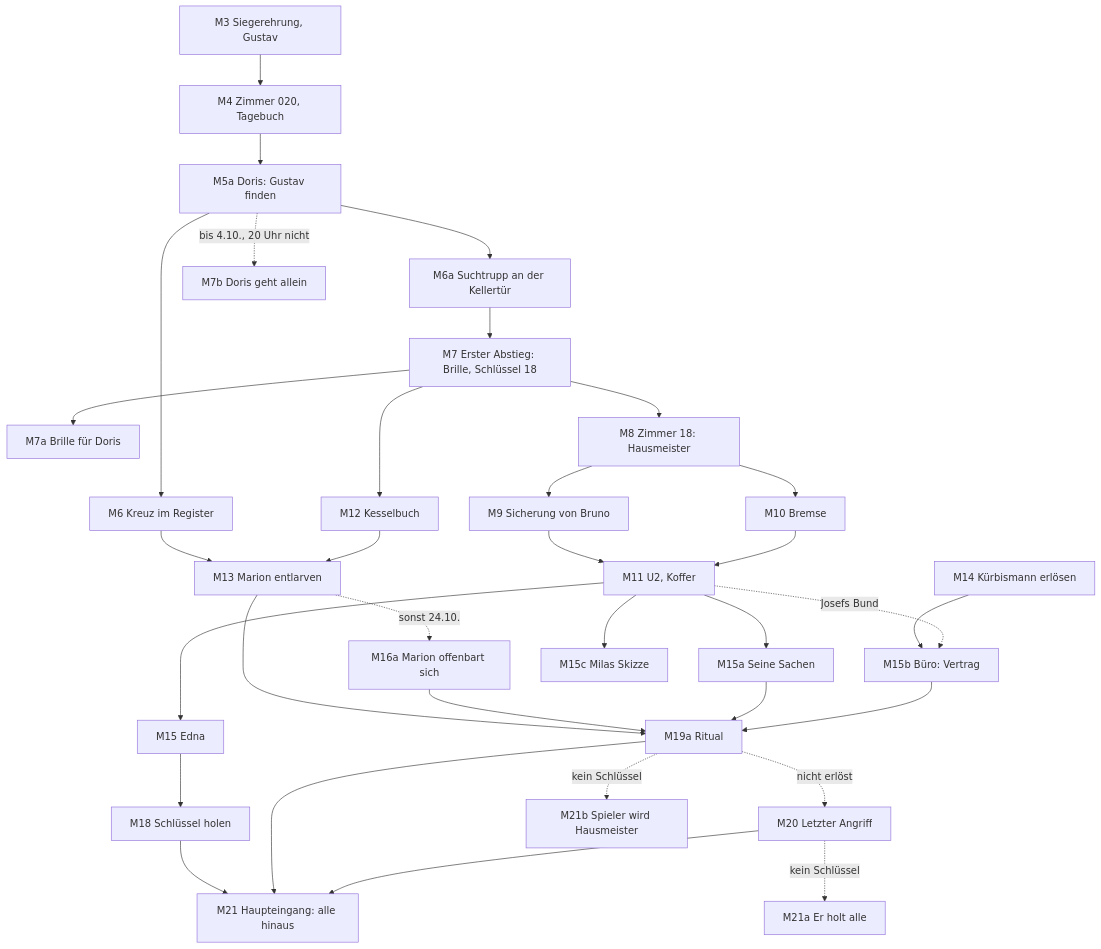
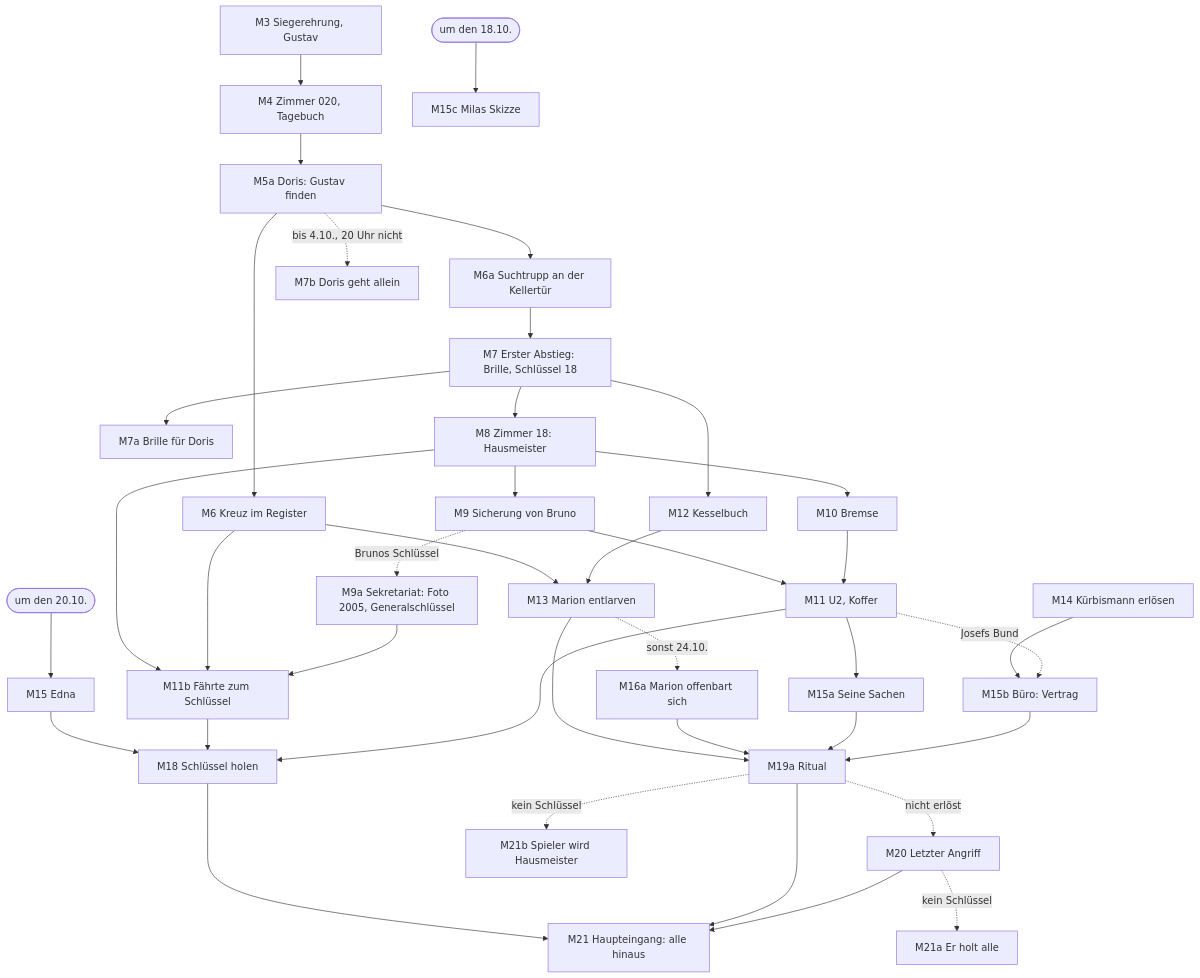
Before and after one commit to vektorviktor/zimmer13: the diagram in HANDLUNG.md, drawn with Mermaid. The commit also changed other lines of this file and 1 other file, not shown here.

````diff
--- a/HANDLUNG.md
+++ b/HANDLUNG.md
@@ -99,35 +102,41 @@
 ```mermaid
 flowchart TD
   M3[M3 Siegerehrung, Gustav] --> M4[M4 Zimmer 020, Tagebuch]
   M4 --> M5a[M5a Doris: Gustav finden]
   M5a --> M6[M6 Kreuz im Register]
   M5a --> M6a[M6a Suchtrupp an der Kellertür]
   M6a --> M7[M7 Erster Abstieg: Brille, Schlüssel 18]
   M7 --> M7a[M7a Brille für Doris]
   M5a -.->|bis 4.10., 20 Uhr nicht| M7b[M7b Doris geht allein]
   M7 --> M8[M8 Zimmer 18: Hausmeister]
   M8 --> M9[M9 Sicherung von Bruno]
   M8 --> M10[M10 Bremse]
   M9 --> M11[M11 U2, Koffer]
   M10 --> M11
+  M9 -.->|Brunos Schlüssel| M9a[M9a Sekretariat: Foto 2005, Generalschlüssel]
+  M8 --> M11b[M11b Fährte zum Schlüssel]
+  M6 --> M11b
+  M9a --> M11b
   M6 --> M13[M13 Marion entlarven]
   M7 --> M12[M12 Kesselbuch]
   M12 --> M13
   M13 -.->|sonst 24.10.| M16a[M16a Marion offenbart sich]
-  M11 --> M15[M15 Edna]
+  T20([um den 20.10.]) --> M15[M15 Edna]
   M11 --> M15a[M15a Seine Sachen]
   M14[M14 Kürbismann erlösen] --> M15b[M15b Büro: Vertrag]
   M11 -.->|Josefs Bund| M15b
-  M11 --> M15c[M15c Milas Skizze]
+  T18([um den 18.10.]) --> M15c[M15c Milas Skizze]
   M13 --> M19a[M19a Ritual]
   M16a --> M19a
   M15a --> M19a
   M15b --> M19a
   M19a -.->|nicht erlöst| M20[M20 Letzter Angriff]
   M15 --> M18[M18 Schlüssel holen]
+  M11b --> M18
+  M11 --> M18
   M18 --> M21[M21 Haupteingang: alle hinaus]
   M19a --> M21
   M20 --> M21
   M20 -.->|kein Schlüssel| M21a[M21a Er holt alle]
   M19a -.->|kein Schlüssel| M21b[M21b Spieler wird Hausmeister]
 ```
````
